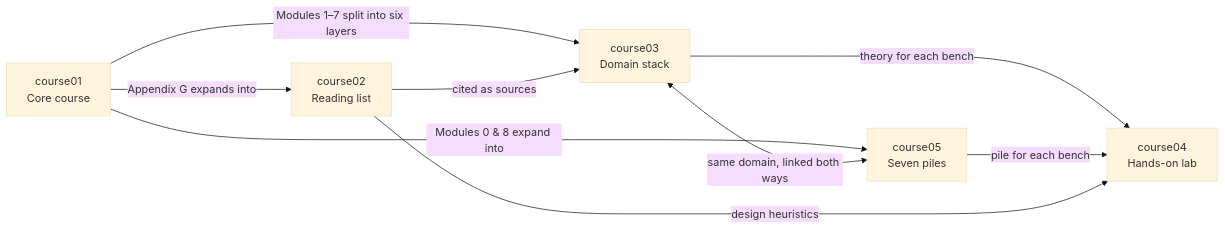
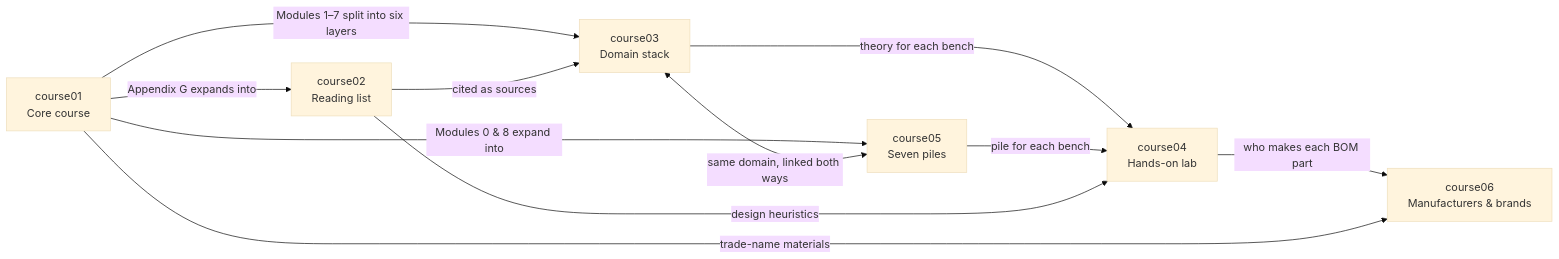
One commit to VicBranica/Labrador changed the diagram in index.md. Above: the diagram before and after it, drawn with Mermaid (base theme). The commit also changed other lines of this file and 77 other files, not shown here.

First line of the commit message:
Add course06: manufacturers and brands cited in the courses

````diff
--- a/index.md
+++ b/index.md
@@ -37,16 +39,19 @@
 ```mermaid
 graph LR
   C01["course01<br/>Core course"]
   C02["course02<br/>Reading list"]
   C03["course03<br/>Domain stack"]
   C04["course04<br/>Hands-on lab"]
   C05["course05<br/>Seven piles"]
+  C06["course06<br/>Manufacturers & brands"]
   C01 -- "Appendix G expands into" --> C02
   C01 -- "Modules 1–7 split into six layers" --> C03
   C01 -- "Modules 0 & 8 expand into" --> C05
   C02 -- "cited as sources" --> C03
   C03 -- "theory for each bench" --> C04
   C05 -- "pile for each bench" --> C04
   C02 -- "design heuristics" --> C04
   C03 <-- "same domain, linked both ways" --> C05
+  C04 -- "who makes each BOM part" --> C06
+  C01 -- "trade-name materials" --> C06
 ```
````
